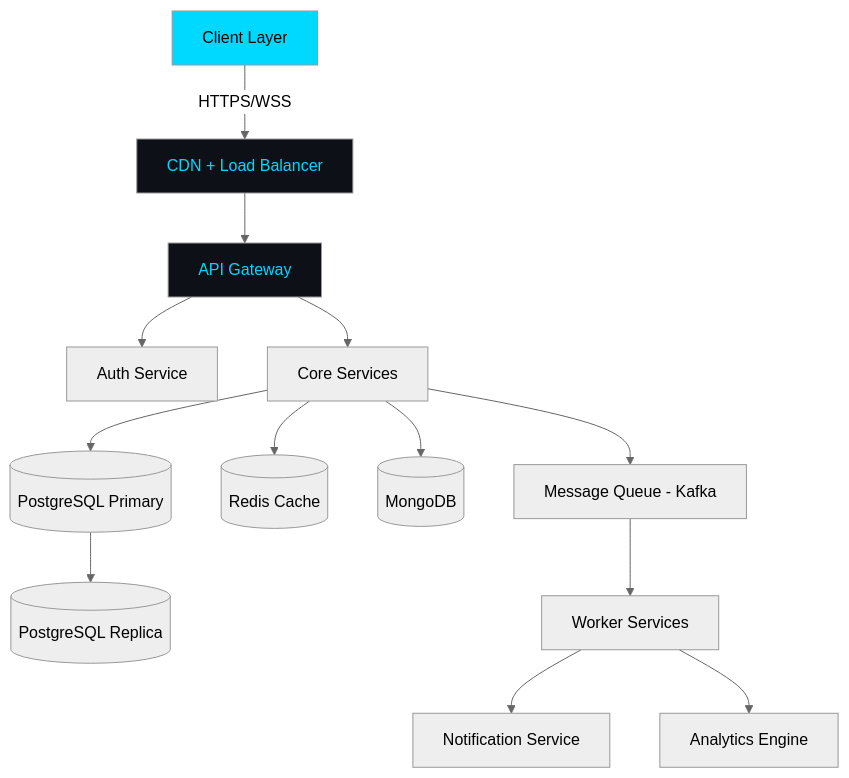
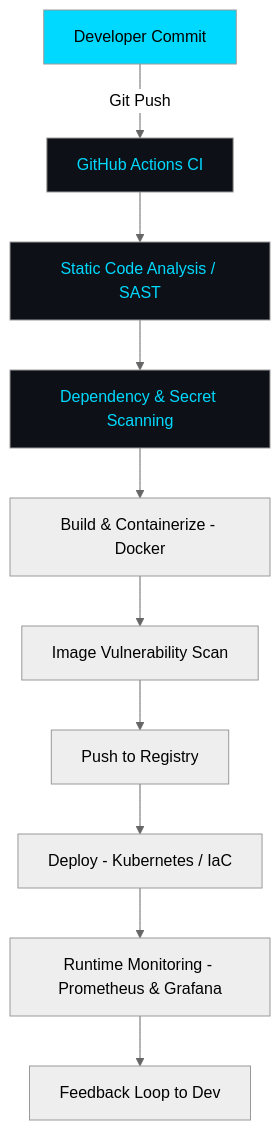
One commit to NejamulHaque/NejamulHaque changed the diagram in README.md. Above: the diagram before and after it, drawn with Mermaid (neutral theme). The commit also changed other lines of this file, not shown here.

````diff
--- a/README.md
+++ b/README.md
@@ -159,19 +160,17 @@
 ```mermaid
 graph TD
-    A[Client Layer] -->|HTTPS/WSS| B[CDN + Load Balancer]
-    B --> C[API Gateway]
-    C --> D[Auth Service]
-    C --> E[Core Services]
-    E --> F[(PostgreSQL Primary)]
-    E --> G[(Redis Cache)]
-    E --> H[(MongoDB)]
-    F --> I[(PostgreSQL Replica)]
-    E --> J[Message Queue - Kafka]
-    J --> K[Worker Services]
-    K --> L[Notification Service]
-    K --> M[Analytics Engine]
+    A[Developer Commit] -->|Git Push| B[GitHub Actions CI]
+    B --> C[Static Code Analysis / SAST]
+    C --> D[Dependency & Secret Scanning]
+    D --> E[Build & Containerize - Docker]
+    E --> F[Image Vulnerability Scan]
+    F --> G[Push to Registry]
+    G --> H[Deploy - Kubernetes / IaC]
+    H --> I[Runtime Monitoring - Prometheus & Grafana]
+    I --> J[Feedback Loop to Dev]
 
     style A fill:#00D9FF,color:#000
     style B fill:#0D1117,color:#00D9FF
     style C fill:#0D1117,color:#00D9FF
+    style D fill:#0D1117,color:#00D9FF
 ```
````
